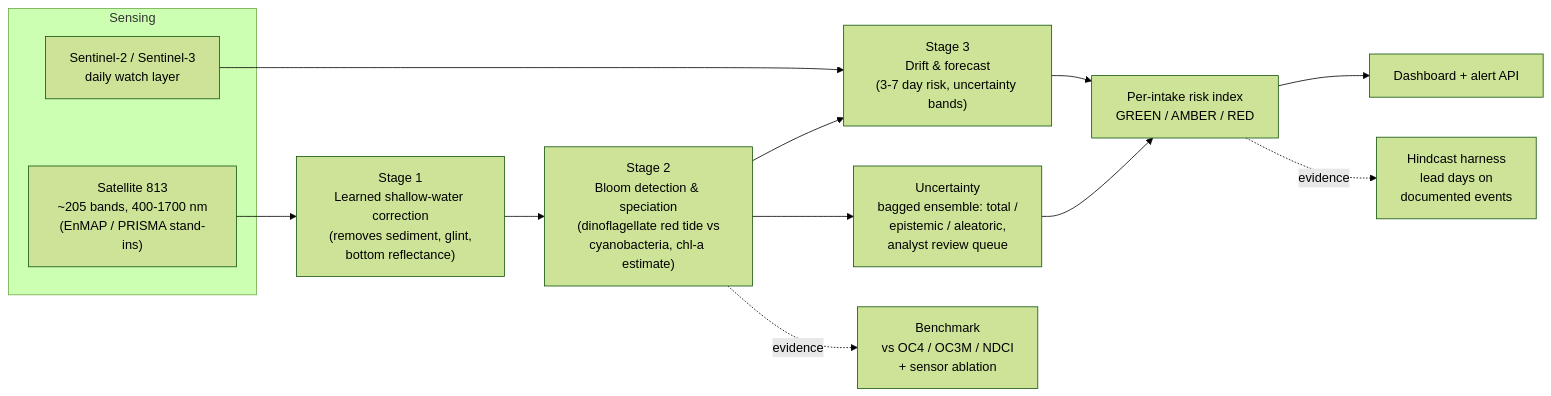
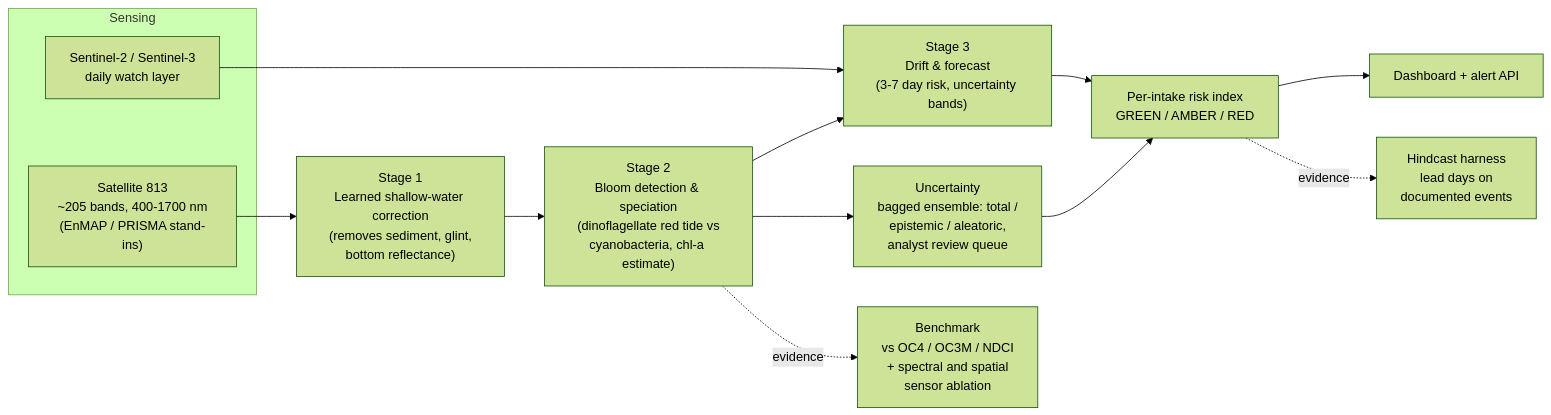
One commit to Slayer-F1/marsad-813 changed the diagram in README.md. Above: the diagram before and after it, drawn with Mermaid (forest theme). The commit also changed other lines of this file and 12 other files, not shown here.

````diff
--- a/README.md
+++ b/README.md
@@ -129,17 +213,17 @@
 ```mermaid
 flowchart LR
     subgraph sensing["Sensing"]
         A["Satellite 813<br/>~205 bands, 400-1700 nm<br/>(EnMAP / PRISMA stand-ins)"]
         S["Sentinel-2 / Sentinel-3<br/>daily watch layer"]
     end
     A --> B["Stage 1<br/>Learned shallow-water correction<br/>(removes sediment, glint,<br/>bottom reflectance)"]
     B --> C["Stage 2<br/>Bloom detection & speciation<br/>(dinoflagellate red tide vs<br/>cyanobacteria, chl-a estimate)"]
     C --> U["Uncertainty<br/>bagged ensemble: total /<br/>epistemic / aleatoric,<br/>analyst review queue"]
     C --> D["Stage 3<br/>Drift & forecast<br/>(3-7 day risk, uncertainty bands)"]
     S --> D
     U --> E
     D --> E["Per-intake risk index<br/>GREEN / AMBER / RED"]
     E --> F["Dashboard + alert API"]
-    C -. evidence .-> BM["Benchmark<br/>vs OC4 / OC3M / NDCI<br/>+ sensor ablation"]
+    C -. evidence .-> BM["Benchmark<br/>vs OC4 / OC3M / NDCI<br/>+ spectral and spatial<br/>sensor ablation"]
     E -. evidence .-> HC["Hindcast harness<br/>lead days on<br/>documented events"]
 ```
````
